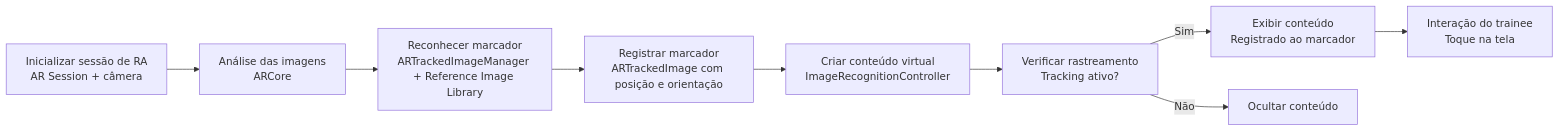
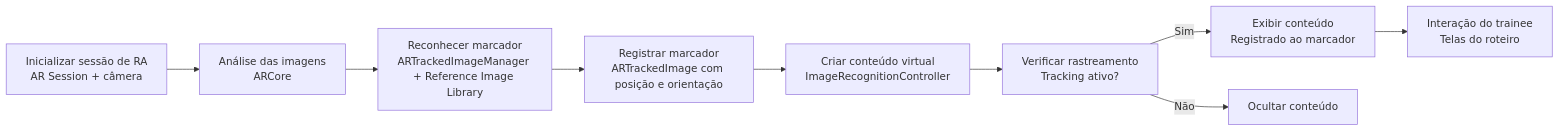
One commit to lfmutton/AR_UPX_Project changed the second of 3 diagrams in README.md. Above: the diagram before and after it, drawn with Mermaid. The commit also changed other lines of this file, not shown here.

````diff
--- a/README.md
+++ b/README.md
@@ -259,11 +270,11 @@
 ```mermaid
 flowchart LR
     A["Inicializar sessão de RA<br/>AR Session + câmera"] --> B["Análise das imagens<br/>ARCore"]
     B --> C["Reconhecer marcador<br/>ARTrackedImageManager + Reference Image Library"]
     C --> D["Registrar marcador<br/>ARTrackedImage com posição e orientação"]
     D --> E["Criar conteúdo virtual<br/>ImageRecognitionController"]
     E --> F["Verificar rastreamento<br/>Tracking ativo?"]
     F -->|Sim| G["Exibir conteúdo<br/>Registrado ao marcador"]
     F -->|Não| H["Ocultar conteúdo"]
-    G --> I["Interação do trainee<br/>Toque na tela"]
+    G --> I["Interação do trainee<br/>Telas do roteiro"]
 ```
````
